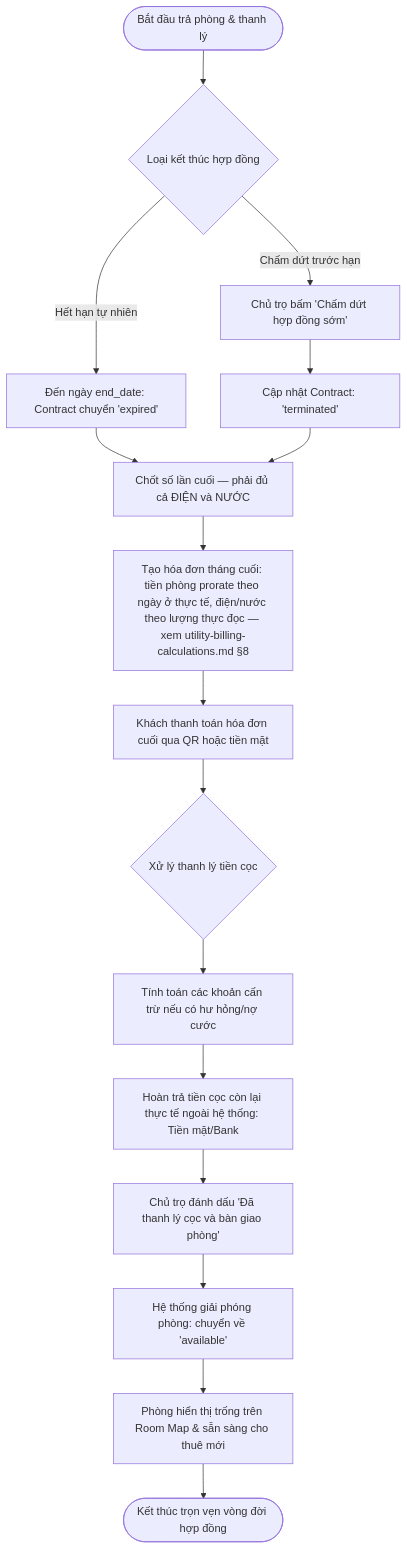
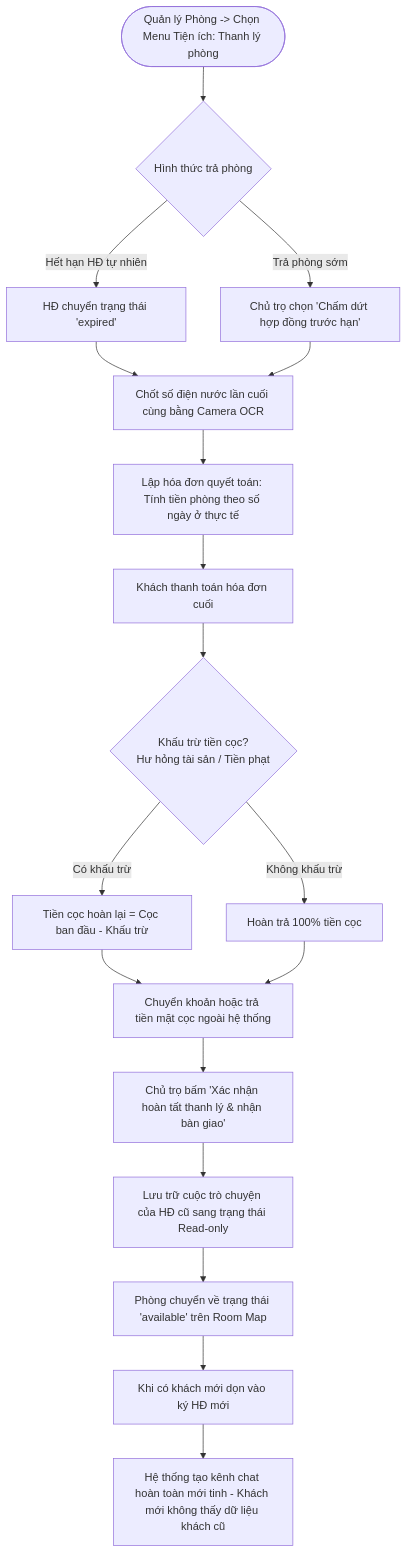
The ninth of 9 diagrams in phase-1/discovery/user_flow/landlord_user_flow.md (pbl6-home-renter/docs), drawn with Mermaid before and after one commit. The commit also changed other lines of this file and 7 other files, not shown here.

````diff
--- a/phase-1/discovery/user_flow/landlord_user_flow.md
+++ b/phase-1/discovery/user_flow/landlord_user_flow.md
@@ -280,24 +246,29 @@
 ```mermaid
 flowchart TD
-    StartTerm([Bắt đầu trả phòng & thanh lý]) --> CheckTermType{Loại kết thúc hợp đồng}
+    StartCheckout([Quản lý Phòng -> Chọn Menu Tiện ích: Thanh lý phòng]) --> CheckTermReason{Hình thức trả phòng}
     
-    CheckTermType -->|Hết hạn tự nhiên| AutoExpire[Đến ngày end_date: Contract chuyển 'expired']
-    CheckTermType -->|Chấm dứt trước hạn| ManualTerm[Chủ trọ bấm 'Chấm dứt hợp đồng sớm']
-    ManualTerm --> SetTermStatus[Cập nhật Contract: 'terminated']
+    CheckTermReason -->|Hết hạn HĐ tự nhiên| EndDateReach[HĐ chuyển trạng thái 'expired']
+    CheckTermReason -->|Trả phòng sớm| EarlyTerm[Chủ trọ chọn 'Chấm dứt hợp đồng trước hạn']
     
-    AutoExpire --> FinalMeterClosing[Chốt số lần cuối — phải đủ cả ĐIỆN và NƯỚC]
-    SetTermStatus --> FinalMeterClosing
+    EndDateReach --> FinalMeter[Chốt số điện nước lần cuối cùng bằng Camera OCR]
+    EarlyTerm --> FinalMeter
     
-    FinalMeterClosing --> FinalInvoiceGen[Tạo hóa đơn tháng cuối: tiền phòng prorate theo ngày ở thực tế, điện/nước theo lượng thực đọc — xem utility-billing-calculations.md §8]
-    FinalInvoiceGen --> FinalInvoicePay[Khách thanh toán hóa đơn cuối qua QR hoặc tiền mặt]
+    FinalMeter --> FinalInvoice[Lập hóa đơn quyết toán: Tính tiền phòng theo số ngày ở thực tế]
+    FinalInvoice --> PayFinalInvoice[Khách thanh toán hóa đơn cuối]
     
-    FinalInvoicePay --> SettleDeposit{Xử lý thanh lý tiền cọc}
-    SettleDeposit --> CalcDeduction[Tính toán các khoản cấn trừ nếu có hư hỏng/nợ cước]
-    CalcDeduction --> ExternalDepositSettle[Hoàn trả tiền cọc còn lại thực tế ngoài hệ thống: Tiền mặt/Bank]
+    PayFinalInvoice --> InspectDeposit{Khấu trừ tiền cọc?<br>Hư hỏng tài sản / Tiền phạt}
+    InspectDeposit -->|Có khấu trừ| CalcDeduct[Tiền cọc hoàn lại = Cọc ban đầu - Khấu trừ]
+    InspectDeposit -->|Không khấu trừ| FullDeposit[Hoàn trả 100% tiền cọc]
     
-    ExternalDepositSettle --> MarkContractClosed[Chủ trọ đánh dấu 'Đã thanh lý cọc và bàn giao phòng']
-    MarkContractClosed --> FreeRoomStatus[Hệ thống giải phóng phòng: chuyển về 'available']
+    CalcDeduct --> SettleDepositCash[Chuyển khoản hoặc trả tiền mặt cọc ngoài hệ thống]
+    FullDeposit --> SettleDepositCash
     
-    FreeRoomStatus --> RoomMapUpdate[Phòng hiển thị trống trên Room Map & sẵn sàng cho thuê mới]
-    RoomMapUpdate --> EndTermSuccess([Kết thúc trọn vẹn vòng đời hợp đồng])
+    SettleDepositCash --> ConfirmRelease[Chủ trọ bấm 'Xác nhận hoàn tất thanh lý & nhận bàn giao']
+    
+    %% Archive Chat & Mở phòng mới
+    ConfirmRelease --> ArchiveOldChat[Lưu trữ cuộc trò chuyện của HĐ cũ sang trạng thái Read-only]
+    ArchiveOldChat --> ResetRoomAvail[Phòng chuyển về trạng thái 'available' trên Room Map]
+    
+    ResetRoomAvail --> NewTenantCheckin[Khi có khách mới dọn vào ký HĐ mới]
+    NewTenantCheckin --> InitNewChat[Hệ thống tạo kênh chat hoàn toàn mới tinh - Khách mới không thấy dữ liệu khách cũ]
 ```
````
